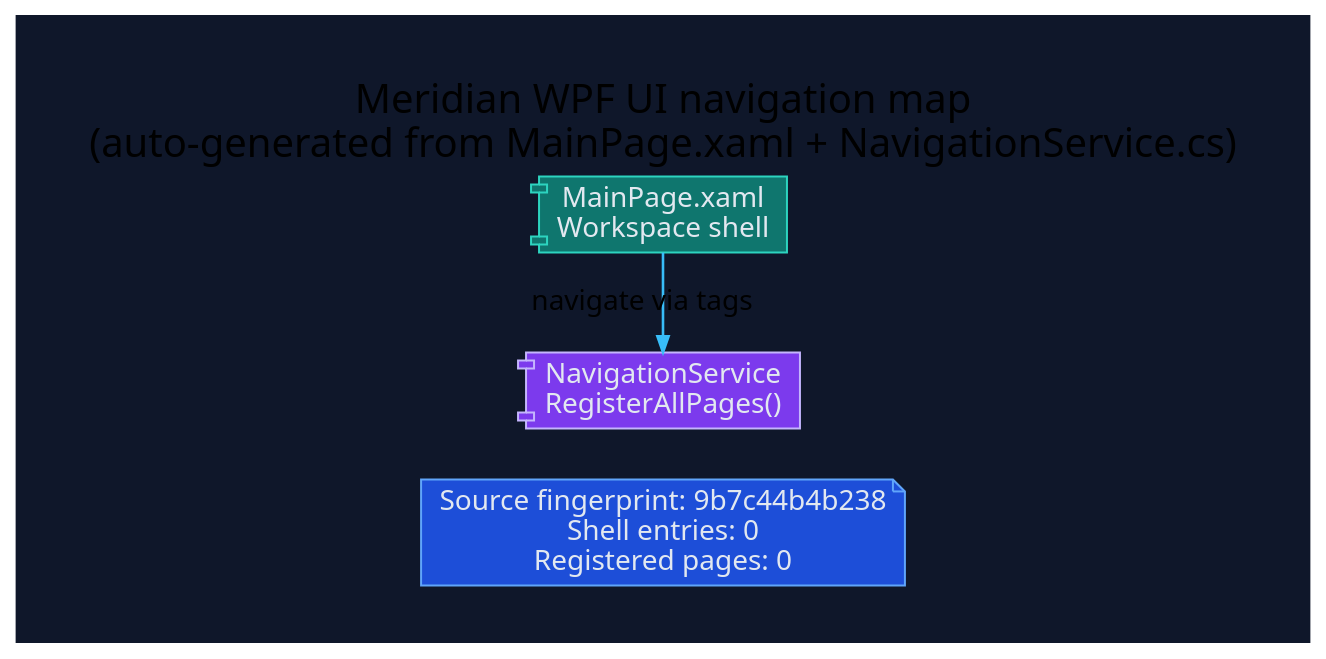
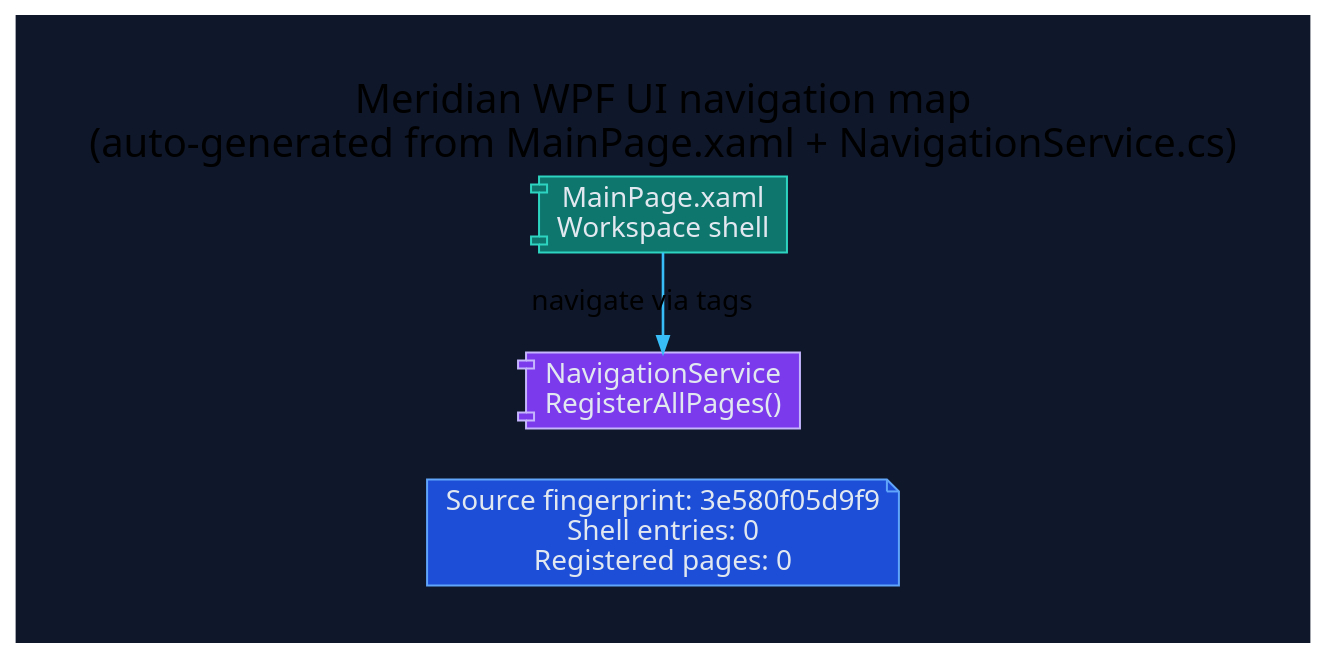
The diagram in docs/diagrams/ui-navigation-map.dot (rodoHasArrived/Meridian-main), drawn with Graphviz before and after one commit. The commit also changed 5 other files, not shown here.

Commit message:
docs(diagrams): regenerate diagram artifacts from sources

```diff
--- a/docs/diagrams/ui-navigation-map.dot
+++ b/docs/diagrams/ui-navigation-map.dot
@@ -1,27 +1,27 @@
 // -----------------------------------------------------------------------------
 // <auto-generated>
 // Generated by scripts/generate-diagrams.mjs.
 // Do not edit this file directly; update the WPF source files instead.
 // -----------------------------------------------------------------------------
 digraph UiNavigationMap {
   graph [
     rankdir=LR,
     labelloc=t,
     label="Meridian WPF UI navigation map\n(auto-generated from MainPage.xaml + NavigationService.cs)",
     fontname="Segoe UI",
     fontsize=20,
     pad=0.4,
     nodesep=0.35,
     ranksep=1.0,
     bgcolor="#0f172a"
   ];
   node [fontname="Segoe UI", shape=box, style="rounded,filled", color="#475569", fontcolor="#e2e8f0", fillcolor="#1e293b"];
   edge [fontname="Segoe UI", color="#94a3b8", penwidth=1.3, arrowsize=0.8];
 
-  generated [shape=note, fillcolor="#1d4ed8", color="#60a5fa", label="Source fingerprint: 9b7c44b4b238\nShell entries: 0\nRegistered pages: 0"];
+  generated [shape=note, fillcolor="#1d4ed8", color="#60a5fa", label="Source fingerprint: 3e580f05d9f9\nShell entries: 0\nRegistered pages: 0"];
   shell [shape=component, fillcolor="#0f766e", color="#2dd4bf", label="MainPage.xaml\nWorkspace shell"];
   navigation [shape=component, fillcolor="#7c3aed", color="#c4b5fd", label="NavigationService\nRegisterAllPages()"];
   shell -> navigation [label="navigate via tags", color="#38bdf8"];
 
   { rank=min; generated; shell; navigation; }
 }
```
